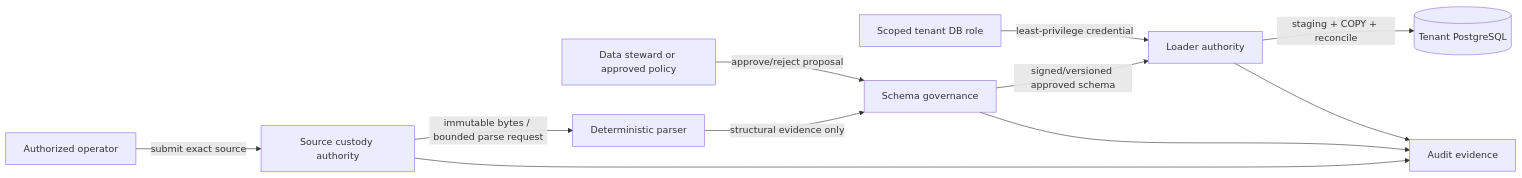
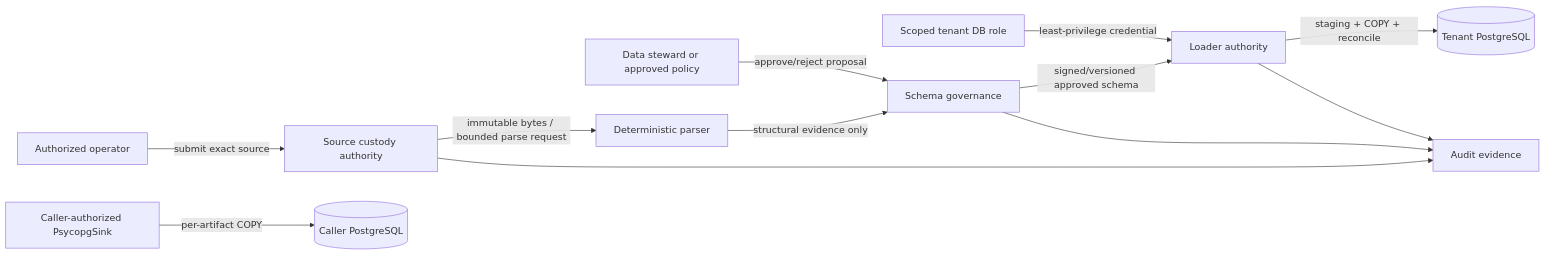
Before and after one commit to ContextualWisdomLab/mhtml-etl-gateway: the sixth of 6 diagrams in docs/UML.md, drawn with Mermaid. The commit also changed other lines of this file and 20 other files, not shown here.

First line of the commit message:
feat: stream PostgreSQL loads with COPY (#25)

````diff
--- a/docs/UML.md
+++ b/docs/UML.md
@@ -191,13 +200,14 @@
 ```mermaid
 flowchart LR
     USER[Authorized operator] -->|submit exact source| CUST[Source custody authority]
     CUST -->|immutable bytes / bounded parse request| PARSE[Deterministic parser]
     PARSE -->|structural evidence only| GOV[Schema governance]
     STEWARD[Data steward or approved policy] -->|approve/reject proposal| GOV
     GOV -->|signed/versioned approved schema| LOAD[Loader authority]
     DBROLE[Scoped tenant DB role] -->|least-privilege credential| LOAD
     LOAD -->|staging + COPY + reconcile| DB[(Tenant PostgreSQL)]
+    CURRENT[Caller-authorized PsycopgSink] -->|per-artifact COPY| CURRENT_DB[(Caller PostgreSQL)]
     CUST --> AUDIT[Audit evidence]
     GOV --> AUDIT
     LOAD --> AUDIT
 ```
````
